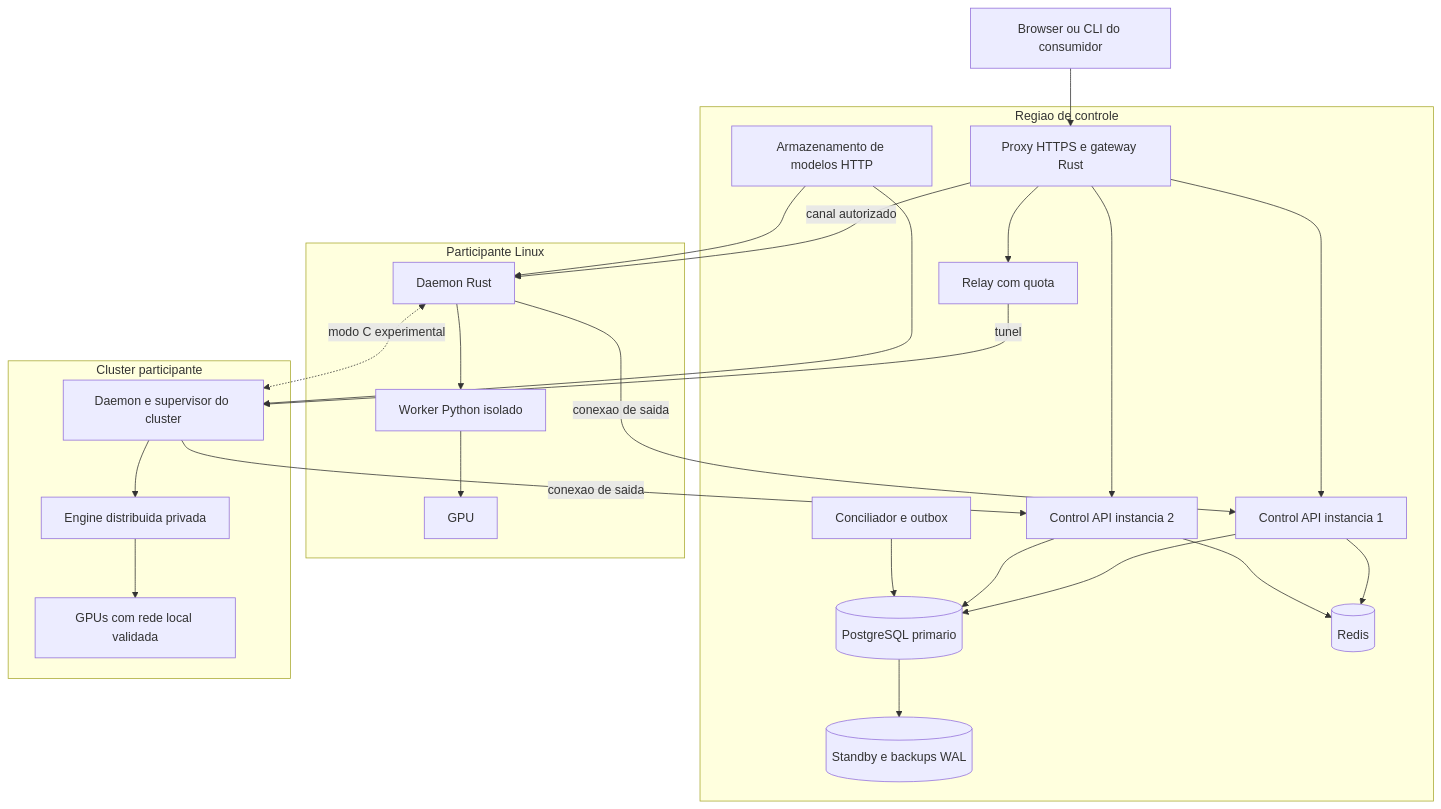
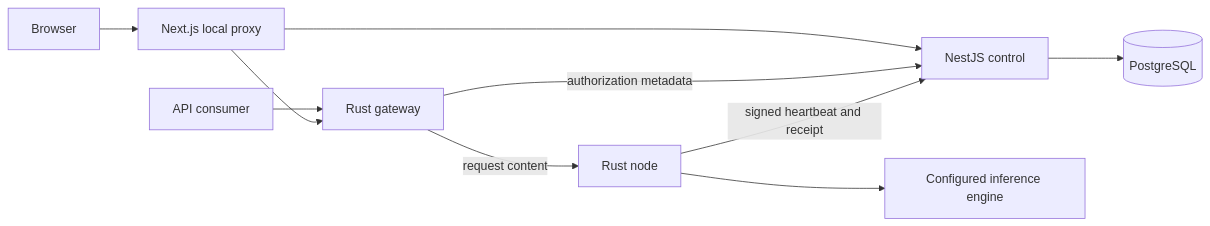
The diagram in docs/planning/03_ARCHITECTURE.md (Dev-Encrypted/Network_AI), drawn with Mermaid before and after one commit. The commit also changed other lines of this file and 59 other files, not shown here.

````diff
--- a/docs/planning/03_ARCHITECTURE.md
+++ b/docs/planning/03_ARCHITECTURE.md
@@ -63,32 +16,12 @@
 ```mermaid
-flowchart TB
-  C[Browser ou CLI do consumidor] --> EDGE[Proxy HTTPS e gateway Rust]
-  subgraph REG[Regiao de controle]
-    EDGE --> A1[Control API instancia 1]
-    EDGE --> A2[Control API instancia 2]
-    A1 --> PG[(PostgreSQL primario)]
-    A2 --> PG
-    PG --> ST[(Standby e backups WAL)]
-    A1 --> RD[(Redis)]
-    A2 --> RD
-    REC[Conciliador e outbox] --> PG
-    OBJ[Armazenamento de modelos HTTP]
-    REL[Relay com quota]
-  end
-  subgraph P1[Participante Linux]
-    D1[Daemon Rust] --> K1[Worker Python isolado]
-    K1 --> GPU1[GPU]
-  end
-  subgraph P2[Cluster participante]
-    D2[Daemon e supervisor do cluster] --> K2[Engine distribuida privada]
-    K2 --> GPU2[GPUs com rede local validada]
-  end
-  D1 -->|conexao de saida| A1
-  D2 -->|conexao de saida| A2
-  EDGE -->|canal autorizado| D1
-  EDGE --> REL
-  REL -->|tunel| D2
-  OBJ --> D1
-  OBJ --> D2
-  D1 <-.->|modo C experimental| D2
+flowchart LR
+    Browser[Browser] --> Proxy[Next.js local proxy]
+    API[API consumer] --> Gateway[Rust gateway]
+    Proxy --> Gateway
+    Proxy --> Control[NestJS control]
+    Gateway -->|authorization metadata| Control
+    Gateway -->|request content| Node[Rust node]
+    Node --> Engine[Configured inference engine]
+    Node -->|signed heartbeat and receipt| Control
+    Control --> DB[(PostgreSQL)]
 ```
````
